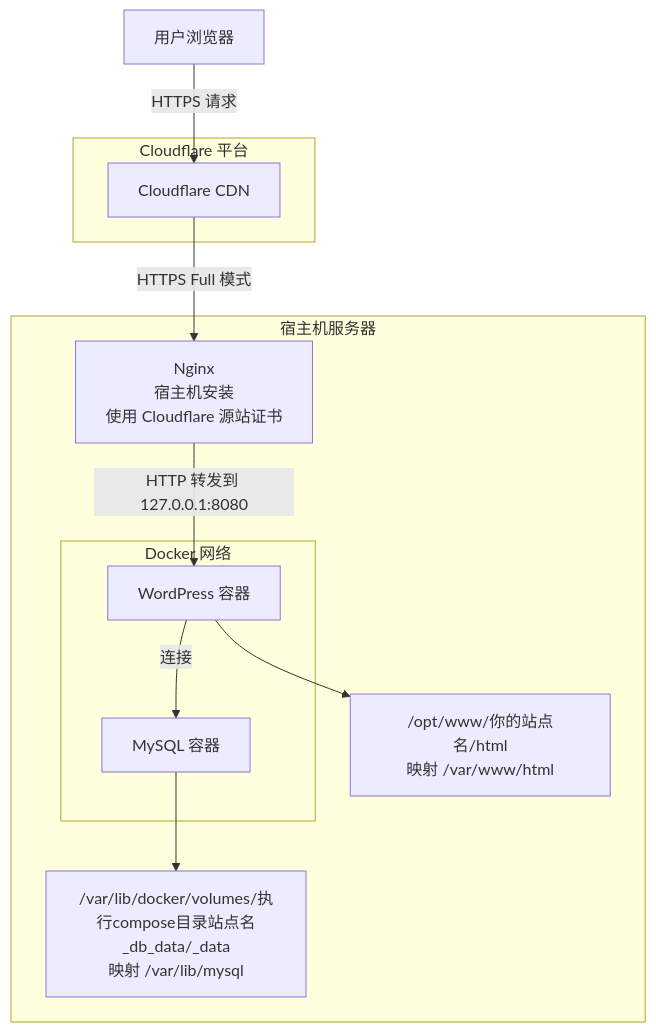
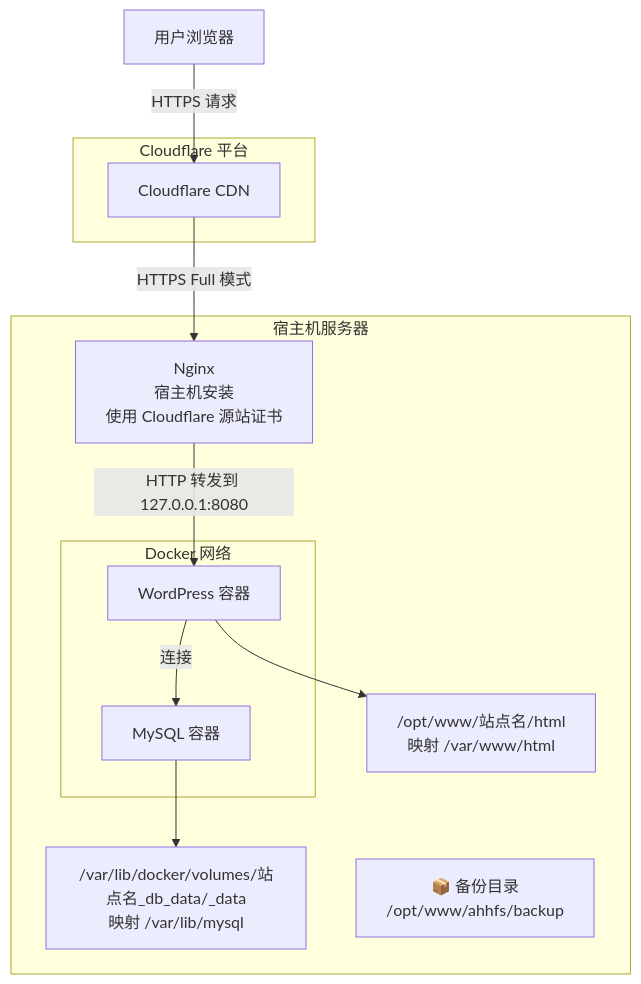
One commit to dantefung/wp_shell changed the diagram in arch.md. Above: the diagram before and after it, drawn with Mermaid.

````diff
--- a/arch.md
+++ b/arch.md
@@ -1,30 +1,34 @@
 ```mermaid
 graph TD
     A[用户浏览器] -->|HTTPS 请求| B[Cloudflare CDN]
 
     B -->|HTTPS Full 模式| C[Nginx<br>宿主机安装<br>使用 Cloudflare 源站证书]
     C -->|HTTP 转发到 127.0.0.1:8080| D[WordPress 容器]
     D -->|连接| E[MySQL 容器]
 
     %% WordPress volume mapping
-    D --> F["/opt/www/你的站点名/html<br>映射 /var/www/html"]
+    D --> F["/opt/www/站点名/html<br>映射 /var/www/html"]
 
     %% MySQL volume mapping
-    E --> G["/var/lib/docker/volumes/执行compose目录站点名_db_data/_data<br>映射 /var/lib/mysql"]
+    E --> G["/var/lib/docker/volumes/站点名_db_data/_data<br>映射 /var/lib/mysql"]
+
+    %% 备份目录
+    H["📦 备份目录<br>/opt/www/ahhfs/backup"]
 
     subgraph 宿主机服务器
         C
         F
         G
+        H
         subgraph Docker 网络
             D
             E
         end
     end
 
     subgraph Cloudflare 平台
         B
     end
 
 
 ```
````
